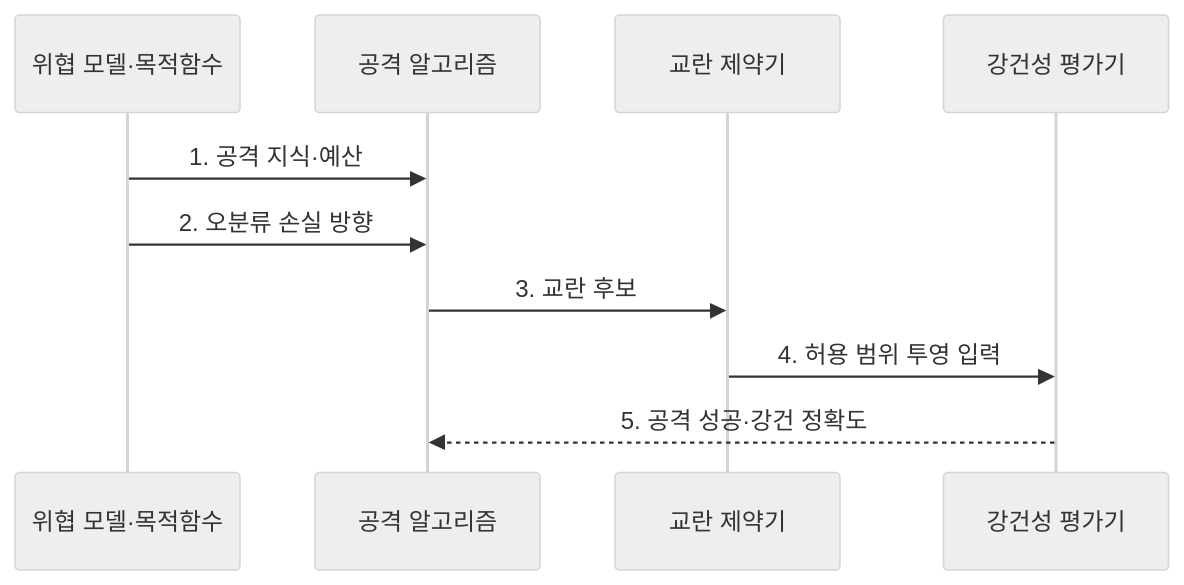
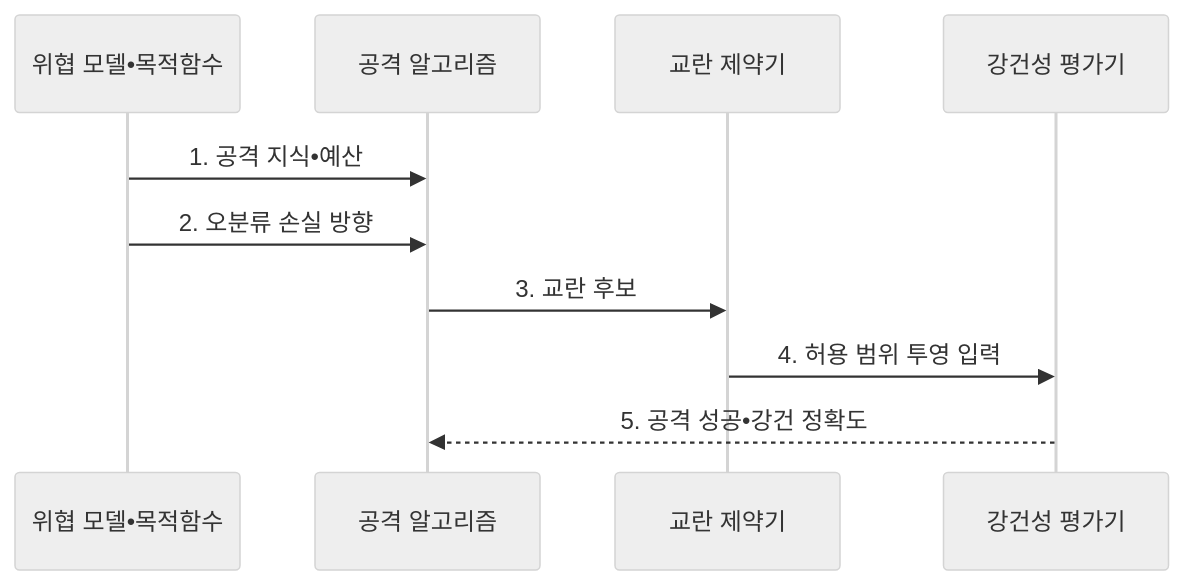
The second of 2 diagrams in src/content/docs/notes/08-latest-tech/123_adversarial_example.md (agnusdei1207/knowledge-base), drawn with Mermaid (neutral theme) before and after one commit. The commit also changed other lines of this file and 953 other files, not shown here.

````diff
--- a/src/content/docs/notes/08-latest-tech/123_adversarial_example.md
+++ b/src/content/docs/notes/08-latest-tech/123_adversarial_example.md
@@ -108,12 +108,12 @@
 ```mermaid
 sequenceDiagram
-  participant T as 위협 모델·목적함수
+  participant T as 위협 모델•목적함수
   participant A as 공격 알고리즘
   participant C as 교란 제약기
   participant E as 강건성 평가기
-  T->>A: 1. 공격 지식·예산
+  T->>A: 1. 공격 지식•예산
   T->>A: 2. 오분류 손실 방향
   A->>C: 3. 교란 후보
   C->>E: 4. 허용 범위 투영 입력
-  E-->>A: 5. 공격 성공·강건 정확도
+  E-->>A: 5. 공격 성공•강건 정확도
 ```
````
